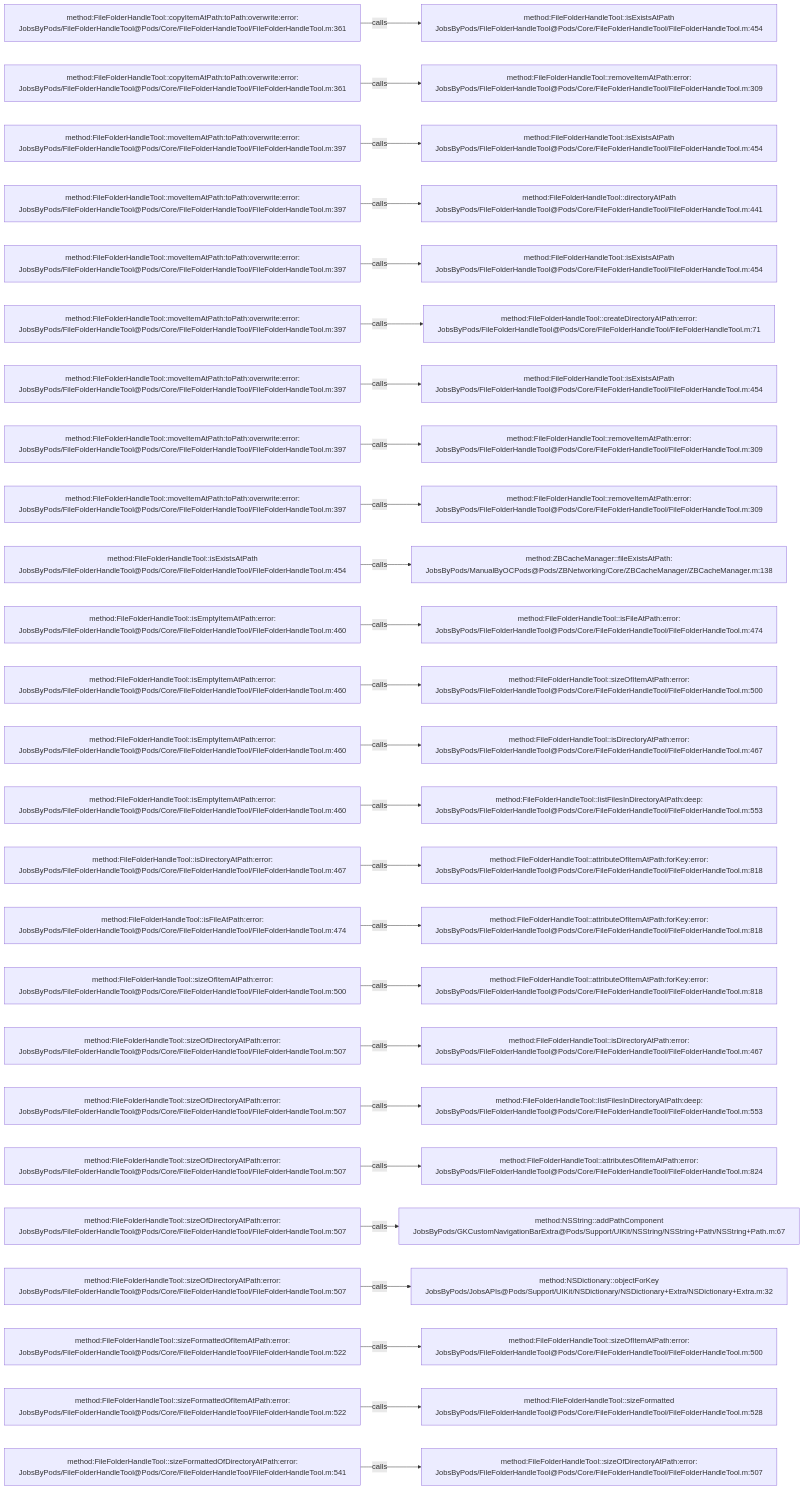
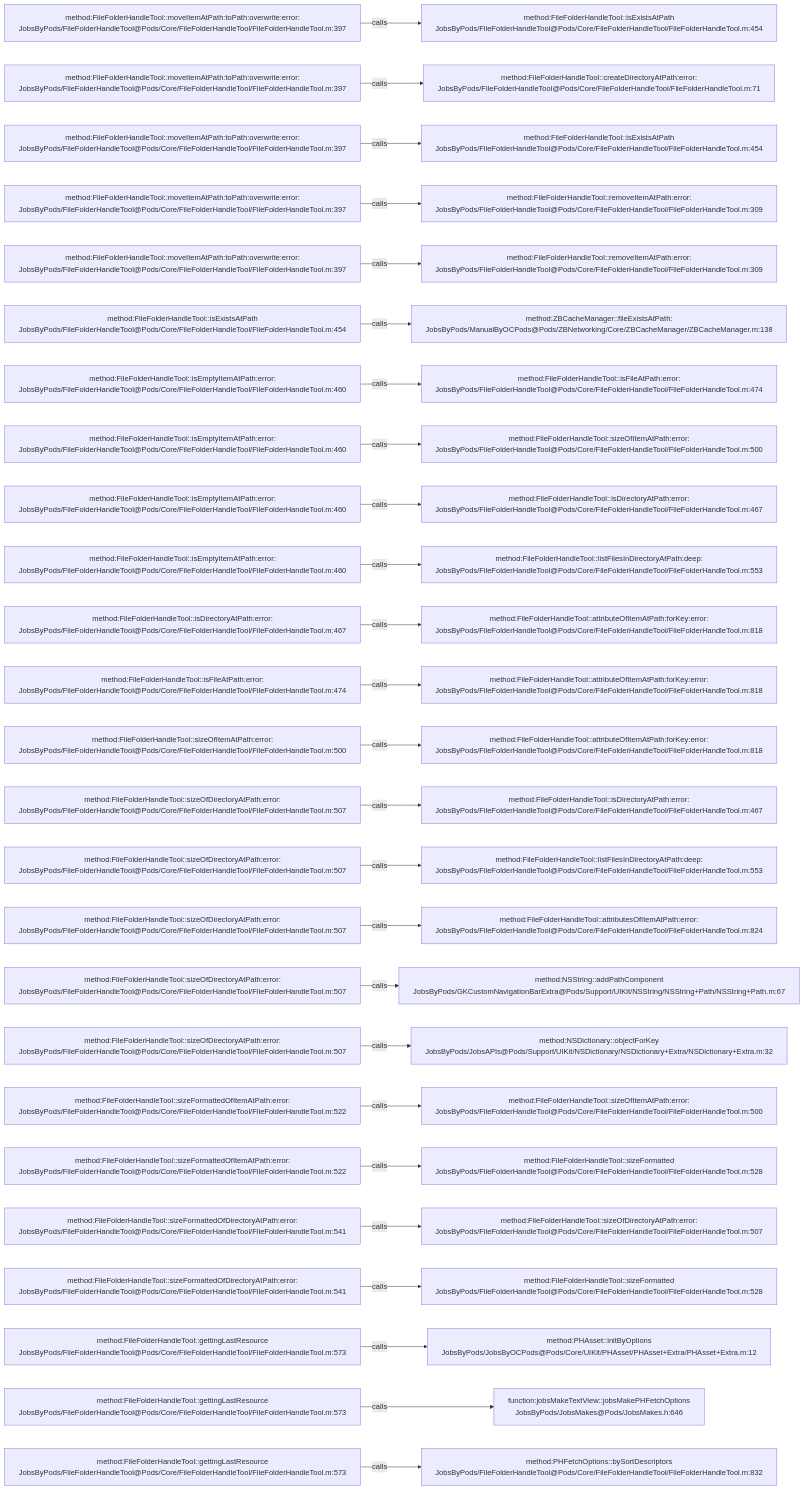
One commit to JobsKits/JobsOCBaseConfigDemo changed the diagram in .codegraph/codegraph.md/graphs/calls-007.md. Above: the diagram before and after it, drawn with Mermaid. The commit also changed 223 other files, not shown here.

````diff
--- a/.codegraph/codegraph.md/graphs/calls-007.md
+++ b/.codegraph/codegraph.md/graphs/calls-007.md
@@ -13,78 +13,78 @@
 ```mermaid
 flowchart LR
-  S1["method:FileFolderHandleTool::copyItemAtPath:toPath:overwrite:error:<br/>JobsByPods/FileFolderHandleTool@Pods/Core/FileFolderHandleTool/FileFolderHandleTool.m:361"]
+  S1["method:FileFolderHandleTool::moveItemAtPath:toPath:overwrite:error:<br/>JobsByPods/FileFolderHandleTool@Pods/Core/FileFolderHandleTool/FileFolderHandleTool.m:397"]
   T1["method:FileFolderHandleTool::isExistsAtPath<br/>JobsByPods/FileFolderHandleTool@Pods/Core/FileFolderHandleTool/FileFolderHandleTool.m:454"]
   S1 -->|calls| T1
-  S2["method:FileFolderHandleTool::copyItemAtPath:toPath:overwrite:error:<br/>JobsByPods/FileFolderHandleTool@Pods/Core/FileFolderHandleTool/FileFolderHandleTool.m:361"]
-  T2["method:FileFolderHandleTool::removeItemAtPath:error:<br/>JobsByPods/FileFolderHandleTool@Pods/Core/FileFolderHandleTool/FileFolderHandleTool.m:309"]
+  S2["method:FileFolderHandleTool::moveItemAtPath:toPath:overwrite:error:<br/>JobsByPods/FileFolderHandleTool@Pods/Core/FileFolderHandleTool/FileFolderHandleTool.m:397"]
+  T2["method:FileFolderHandleTool::createDirectoryAtPath:error:<br/>JobsByPods/FileFolderHandleTool@Pods/Core/FileFolderHandleTool/FileFolderHandleTool.m:71"]
   S2 -->|calls| T2
   S3["method:FileFolderHandleTool::moveItemAtPath:toPath:overwrite:error:<br/>JobsByPods/FileFolderHandleTool@Pods/Core/FileFolderHandleTool/FileFolderHandleTool.m:397"]
   T3["method:FileFolderHandleTool::isExistsAtPath<br/>JobsByPods/FileFolderHandleTool@Pods/Core/FileFolderHandleTool/FileFolderHandleTool.m:454"]
   S3 -->|calls| T3
   S4["method:FileFolderHandleTool::moveItemAtPath:toPath:overwrite:error:<br/>JobsByPods/FileFolderHandleTool@Pods/Core/FileFolderHandleTool/FileFolderHandleTool.m:397"]
-  T4["method:FileFolderHandleTool::directoryAtPath<br/>JobsByPods/FileFolderHandleTool@Pods/Core/FileFolderHandleTool/FileFolderHandleTool.m:441"]
+  T4["method:FileFolderHandleTool::removeItemAtPath:error:<br/>JobsByPods/FileFolderHandleTool@Pods/Core/FileFolderHandleTool/FileFolderHandleTool.m:309"]
   S4 -->|calls| T4
   S5["method:FileFolderHandleTool::moveItemAtPath:toPath:overwrite:error:<br/>JobsByPods/FileFolderHandleTool@Pods/Core/FileFolderHandleTool/FileFolderHandleTool.m:397"]
-  T5["method:FileFolderHandleTool::isExistsAtPath<br/>JobsByPods/FileFolderHandleTool@Pods/Core/FileFolderHandleTool/FileFolderHandleTool.m:454"]
+  T5["method:FileFolderHandleTool::removeItemAtPath:error:<br/>JobsByPods/FileFolderHandleTool@Pods/Core/FileFolderHandleTool/FileFolderHandleTool.m:309"]
   S5 -->|calls| T5
-  S6["method:FileFolderHandleTool::moveItemAtPath:toPath:overwrite:error:<br/>JobsByPods/FileFolderHandleTool@Pods/Core/FileFolderHandleTool/FileFolderHandleTool.m:397"]
-  T6["method:FileFolderHandleTool::createDirectoryAtPath:error:<br/>JobsByPods/FileFolderHandleTool@Pods/Core/FileFolderHandleTool/FileFolderHandleTool.m:71"]
+  S6["method:FileFolderHandleTool::isExistsAtPath<br/>JobsByPods/FileFolderHandleTool@Pods/Core/FileFolderHandleTool/FileFolderHandleTool.m:454"]
+  T6["method:ZBCacheManager::fileExistsAtPath:<br/>JobsByPods/ManualByOCPods@Pods/ZBNetworking/Core/ZBCacheManager/ZBCacheManager.m:138"]
   S6 -->|calls| T6
-  S7["method:FileFolderHandleTool::moveItemAtPath:toPath:overwrite:error:<br/>JobsByPods/FileFolderHandleTool@Pods/Core/FileFolderHandleTool/FileFolderHandleTool.m:397"]
-  T7["method:FileFolderHandleTool::isExistsAtPath<br/>JobsByPods/FileFolderHandleTool@Pods/Core/FileFolderHandleTool/FileFolderHandleTool.m:454"]
+  S7["method:FileFolderHandleTool::isEmptyItemAtPath:error:<br/>JobsByPods/FileFolderHandleTool@Pods/Core/FileFolderHandleTool/FileFolderHandleTool.m:460"]
+  T7["method:FileFolderHandleTool::isFileAtPath:error:<br/>JobsByPods/FileFolderHandleTool@Pods/Core/FileFolderHandleTool/FileFolderHandleTool.m:474"]
   S7 -->|calls| T7
-  S8["method:FileFolderHandleTool::moveItemAtPath:toPath:overwrite:error:<br/>JobsByPods/FileFolderHandleTool@Pods/Core/FileFolderHandleTool/FileFolderHandleTool.m:397"]
-  T8["method:FileFolderHandleTool::removeItemAtPath:error:<br/>JobsByPods/FileFolderHandleTool@Pods/Core/FileFolderHandleTool/FileFolderHandleTool.m:309"]
+  S8["method:FileFolderHandleTool::isEmptyItemAtPath:error:<br/>JobsByPods/FileFolderHandleTool@Pods/Core/FileFolderHandleTool/FileFolderHandleTool.m:460"]
+  T8["method:FileFolderHandleTool::sizeOfItemAtPath:error:<br/>JobsByPods/FileFolderHandleTool@Pods/Core/FileFolderHandleTool/FileFolderHandleTool.m:500"]
   S8 -->|calls| T8
-  S9["method:FileFolderHandleTool::moveItemAtPath:toPath:overwrite:error:<br/>JobsByPods/FileFolderHandleTool@Pods/Core/FileFolderHandleTool/FileFolderHandleTool.m:397"]
-  T9["method:FileFolderHandleTool::removeItemAtPath:error:<br/>JobsByPods/FileFolderHandleTool@Pods/Core/FileFolderHandleTool/FileFolderHandleTool.m:309"]
+  S9["method:FileFolderHandleTool::isEmptyItemAtPath:error:<br/>JobsByPods/FileFolderHandleTool@Pods/Core/FileFolderHandleTool/FileFolderHandleTool.m:460"]
+  T9["method:FileFolderHandleTool::isDirectoryAtPath:error:<br/>JobsByPods/FileFolderHandleTool@Pods/Core/FileFolderHandleTool/FileFolderHandleTool.m:467"]
   S9 -->|calls| T9
-  S10["method:FileFolderHandleTool::isExistsAtPath<br/>JobsByPods/FileFolderHandleTool@Pods/Core/FileFolderHandleTool/FileFolderHandleTool.m:454"]
-  T10["method:ZBCacheManager::fileExistsAtPath:<br/>JobsByPods/ManualByOCPods@Pods/ZBNetworking/Core/ZBCacheManager/ZBCacheManager.m:138"]
+  S10["method:FileFolderHandleTool::isEmptyItemAtPath:error:<br/>JobsByPods/FileFolderHandleTool@Pods/Core/FileFolderHandleTool/FileFolderHandleTool.m:460"]
+  T10["method:FileFolderHandleTool::listFilesInDirectoryAtPath:deep:<br/>JobsByPods/FileFolderHandleTool@Pods/Core/FileFolderHandleTool/FileFolderHandleTool.m:553"]
   S10 -->|calls| T10
-  S11["method:FileFolderHandleTool::isEmptyItemAtPath:error:<br/>JobsByPods/FileFolderHandleTool@Pods/Core/FileFolderHandleTool/FileFolderHandleTool.m:460"]
-  T11["method:FileFolderHandleTool::isFileAtPath:error:<br/>JobsByPods/FileFolderHandleTool@Pods/Core/FileFolderHandleTool/FileFolderHandleTool.m:474"]
+  S11["method:FileFolderHandleTool::isDirectoryAtPath:error:<br/>JobsByPods/FileFolderHandleTool@Pods/Core/FileFolderHandleTool/FileFolderHandleTool.m:467"]
+  T11["method:FileFolderHandleTool::attributeOfItemAtPath:forKey:error:<br/>JobsByPods/FileFolderHandleTool@Pods/Core/FileFolderHandleTool/FileFolderHandleTool.m:818"]
   S11 -->|calls| T11
-  S12["method:FileFolderHandleTool::isEmptyItemAtPath:error:<br/>JobsByPods/FileFolderHandleTool@Pods/Core/FileFolderHandleTool/FileFolderHandleTool.m:460"]
-  T12["method:FileFolderHandleTool::sizeOfItemAtPath:error:<br/>JobsByPods/FileFolderHandleTool@Pods/Core/FileFolderHandleTool/FileFolderHandleTool.m:500"]
+  S12["method:FileFolderHandleTool::isFileAtPath:error:<br/>JobsByPods/FileFolderHandleTool@Pods/Core/FileFolderHandleTool/FileFolderHandleTool.m:474"]
+  T12["method:FileFolderHandleTool::attributeOfItemAtPath:forKey:error:<br/>JobsByPods/FileFolderHandleTool@Pods/Core/FileFolderHandleTool/FileFolderHandleTool.m:818"]
   S12 -->|calls| T12
-  S13["method:FileFolderHandleTool::isEmptyItemAtPath:error:<br/>JobsByPods/FileFolderHandleTool@Pods/Core/FileFolderHandleTool/FileFolderHandleTool.m:460"]
-  T13["method:FileFolderHandleTool::isDirectoryAtPath:error:<br/>JobsByPods/FileFolderHandleTool@Pods/Core/FileFolderHandleTool/FileFolderHandleTool.m:467"]
+  S13["method:FileFolderHandleTool::sizeOfItemAtPath:error:<br/>JobsByPods/FileFolderHandleTool@Pods/Core/FileFolderHandleTool/FileFolderHandleTool.m:500"]
+  T13["method:FileFolderHandleTool::attributeOfItemAtPath:forKey:error:<br/>JobsByPods/FileFolderHandleTool@Pods/Core/FileFolderHandleTool/FileFolderHandleTool.m:818"]
   S13 -->|calls| T13
-  S14["method:FileFolderHandleTool::isEmptyItemAtPath:error:<br/>JobsByPods/FileFolderHandleTool@Pods/Core/FileFolderHandleTool/FileFolderHandleTool.m:460"]
-  T14["method:FileFolderHandleTool::listFilesInDirectoryAtPath:deep:<br/>JobsByPods/FileFolderHandleTool@Pods/Core/FileFolderHandleTool/FileFolderHandleTool.m:553"]
+  S14["method:FileFolderHandleTool::sizeOfDirectoryAtPath:error:<br/>JobsByPods/FileFolderHandleTool@Pods/Core/FileFolderHandleTool/FileFolderHandleTool.m:507"]
+  T14["method:FileFolderHandleTool::isDirectoryAtPath:error:<br/>JobsByPods/FileFolderHandleTool@Pods/Core/FileFolderHandleTool/FileFolderHandleTool.m:467"]
   S14 -->|calls| T14
-  S15["method:FileFolderHandleTool::isDirectoryAtPath:error:<br/>JobsByPods/FileFolderHandleTool@Pods/Core/FileFolderHandleTool/FileFolderHandleTool.m:467"]
-  T15["method:FileFolderHandleTool::attributeOfItemAtPath:forKey:error:<br/>JobsByPods/FileFolderHandleTool@Pods/Core/FileFolderHandleTool/FileFolderHandleTool.m:818"]
+  S15["method:FileFolderHandleTool::sizeOfDirectoryAtPath:error:<br/>JobsByPods/FileFolderHandleTool@Pods/Core/FileFolderHandleTool/FileFolderHandleTool.m:507"]
+  T15["method:FileFolderHandleTool::listFilesInDirectoryAtPath:deep:<br/>JobsByPods/FileFolderHandleTool@Pods/Core/FileFolderHandleTool/FileFolderHandleTool.m:553"]
   S15 -->|calls| T15
-  S16["method:FileFolderHandleTool::isFileAtPath:error:<br/>JobsByPods/FileFolderHandleTool@Pods/Core/FileFolderHandleTool/FileFolderHandleTool.m:474"]
-  T16["method:FileFolderHandleTool::attributeOfItemAtPath:forKey:error:<br/>JobsByPods/FileFolderHandleTool@Pods/Core/FileFolderHandleTool/FileFolderHandleTool.m:818"]
+  S16["method:FileFolderHandleTool::sizeOfDirectoryAtPath:error:<br/>JobsByPods/FileFolderHandleTool@Pods/Core/FileFolderHandleTool/FileFolderHandleTool.m:507"]
+  T16["method:FileFolderHandleTool::attributesOfItemAtPath:error:<br/>JobsByPods/FileFolderHandleTool@Pods/Core/FileFolderHandleTool/FileFolderHandleTool.m:824"]
   S16 -->|calls| T16
-  S17["method:FileFolderHandleTool::sizeOfItemAtPath:error:<br/>JobsByPods/FileFolderHandleTool@Pods/Core/FileFolderHandleTool/FileFolderHandleTool.m:500"]
-  T17["method:FileFolderHandleTool::attributeOfItemAtPath:forKey:error:<br/>JobsByPods/FileFolderHandleTool@Pods/Core/FileFolderHandleTool/FileFolderHandleTool.m:818"]
+  S17["method:FileFolderHandleTool::sizeOfDirectoryAtPath:error:<br/>JobsByPods/FileFolderHandleTool@Pods/Core/FileFolderHandleTool/FileFolderHandleTool.m:507"]
+  T17["method:NSString::addPathComponent<br/>JobsByPods/GKCustomNavigationBarExtra@Pods/Support/UIKit/NSString/NSString+Path/NSString+Path.m:67"]
   S17 -->|calls| T17
   S18["method:FileFolderHandleTool::sizeOfDirectoryAtPath:error:<br/>JobsByPods/FileFolderHandleTool@Pods/Core/FileFolderHandleTool/FileFolderHandleTool.m:507"]
-  T18["method:FileFolderHandleTool::isDirectoryAtPath:error:<br/>JobsByPods/FileFolderHandleTool@Pods/Core/FileFolderHandleTool/FileFolderHandleTool.m:467"]
+  T18["method:NSDictionary::objectForKey<br/>JobsByPods/JobsAPIs@Pods/Support/UIKit/NSDictionary/NSDictionary+Extra/NSDictionary+Extra.m:32"]
   S18 -->|calls| T18
-  S19["method:FileFolderHandleTool::sizeOfDirectoryAtPath:error:<br/>JobsByPods/FileFolderHandleTool@Pods/Core/FileFolderHandleTool/FileFolderHandleTool.m:507"]
-  T19["method:FileFolderHandleTool::listFilesInDirectoryAtPath:deep:<br/>JobsByPods/FileFolderHandleTool@Pods/Core/FileFolderHandleTool/FileFolderHandleTool.m:553"]
+  S19["method:FileFolderHandleTool::sizeFormattedOfItemAtPath:error:<br/>JobsByPods/FileFolderHandleTool@Pods/Core/FileFolderHandleTool/FileFolderHandleTool.m:522"]
+  T19["method:FileFolderHandleTool::sizeOfItemAtPath:error:<br/>JobsByPods/FileFolderHandleTool@Pods/Core/FileFolderHandleTool/FileFolderHandleTool.m:500"]
   S19 -->|calls| T19
-  S20["method:FileFolderHandleTool::sizeOfDirectoryAtPath:error:<br/>JobsByPods/FileFolderHandleTool@Pods/Core/FileFolderHandleTool/FileFolderHandleTool.m:507"]
-  T20["method:FileFolderHandleTool::attributesOfItemAtPath:error:<br/>JobsByPods/FileFolderHandleTool@Pods/Core/FileFolderHandleTool/FileFolderHandleTool.m:824"]
+  S20["method:FileFolderHandleTool::sizeFormattedOfItemAtPath:error:<br/>JobsByPods/FileFolderHandleTool@Pods/Core/FileFolderHandleTool/FileFolderHandleTool.m:522"]
+  T20["method:FileFolderHandleTool::sizeFormatted<br/>JobsByPods/FileFolderHandleTool@Pods/Core/FileFolderHandleTool/FileFolderHandleTool.m:528"]
   S20 -->|calls| T20
-  S21["method:FileFolderHandleTool::sizeOfDirectoryAtPath:error:<br/>JobsByPods/FileFolderHandleTool@Pods/Core/FileFolderHandleTool/FileFolderHandleTool.m:507"]
-  T21["method:NSString::addPathComponent<br/>JobsByPods/GKCustomNavigationBarExtra@Pods/Support/UIKit/NSString/NSString+Path/NSString+Path.m:67"]
+  S21["method:FileFolderHandleTool::sizeFormattedOfDirectoryAtPath:error:<br/>JobsByPods/FileFolderHandleTool@Pods/Core/FileFolderHandleTool/FileFolderHandleTool.m:541"]
+  T21["method:FileFolderHandleTool::sizeOfDirectoryAtPath:error:<br/>JobsByPods/FileFolderHandleTool@Pods/Core/FileFolderHandleTool/FileFolderHandleTool.m:507"]
   S21 -->|calls| T21
-  S22["method:FileFolderHandleTool::sizeOfDirectoryAtPath:error:<br/>JobsByPods/FileFolderHandleTool@Pods/Core/FileFolderHandleTool/FileFolderHandleTool.m:507"]
-  T22["method:NSDictionary::objectForKey<br/>JobsByPods/JobsAPIs@Pods/Support/UIKit/NSDictionary/NSDictionary+Extra/NSDictionary+Extra.m:32"]
+  S22["method:FileFolderHandleTool::sizeFormattedOfDirectoryAtPath:error:<br/>JobsByPods/FileFolderHandleTool@Pods/Core/FileFolderHandleTool/FileFolderHandleTool.m:541"]
+  T22["method:FileFolderHandleTool::sizeFormatted<br/>JobsByPods/FileFolderHandleTool@Pods/Core/FileFolderHandleTool/FileFolderHandleTool.m:528"]
   S22 -->|calls| T22
-  S23["method:FileFolderHandleTool::sizeFormattedOfItemAtPath:error:<br/>JobsByPods/FileFolderHandleTool@Pods/Core/FileFolderHandleTool/FileFolderHandleTool.m:522"]
-  T23["method:FileFolderHandleTool::sizeOfItemAtPath:error:<br/>JobsByPods/FileFolderHandleTool@Pods/Core/FileFolderHandleTool/FileFolderHandleTool.m:500"]
+  S23["method:FileFolderHandleTool::gettingLastResource<br/>JobsByPods/FileFolderHandleTool@Pods/Core/FileFolderHandleTool/FileFolderHandleTool.m:573"]
+  T23["method:PHAsset::initByOptions<br/>JobsByPods/JobsByOCPods@Pods/Core/UIKit/PHAsset/PHAsset+Extra/PHAsset+Extra.m:12"]
   S23 -->|calls| T23
-  S24["method:FileFolderHandleTool::sizeFormattedOfItemAtPath:error:<br/>JobsByPods/FileFolderHandleTool@Pods/Core/FileFolderHandleTool/FileFolderHandleTool.m:522"]
-  T24["method:FileFolderHandleTool::sizeFormatted<br/>JobsByPods/FileFolderHandleTool@Pods/Core/FileFolderHandleTool/FileFolderHandleTool.m:528"]
+  S24["method:FileFolderHandleTool::gettingLastResource<br/>JobsByPods/FileFolderHandleTool@Pods/Core/FileFolderHandleTool/FileFolderHandleTool.m:573"]
+  T24["function:jobsMakeTextView::jobsMakePHFetchOptions<br/>JobsByPods/JobsMakes@Pods/JobsMakes.h:646"]
   S24 -->|calls| T24
-  S25["method:FileFolderHandleTool::sizeFormattedOfDirectoryAtPath:error:<br/>JobsByPods/FileFolderHandleTool@Pods/Core/FileFolderHandleTool/FileFolderHandleTool.m:541"]
-  T25["method:FileFolderHandleTool::sizeOfDirectoryAtPath:error:<br/>JobsByPods/FileFolderHandleTool@Pods/Core/FileFolderHandleTool/FileFolderHandleTool.m:507"]
+  S25["method:FileFolderHandleTool::gettingLastResource<br/>JobsByPods/FileFolderHandleTool@Pods/Core/FileFolderHandleTool/FileFolderHandleTool.m:573"]
+  T25["method:PHFetchOptions::bySortDescriptors<br/>JobsByPods/FileFolderHandleTool@Pods/Core/FileFolderHandleTool/FileFolderHandleTool.m:832"]
   S25 -->|calls| T25
 ```
````
